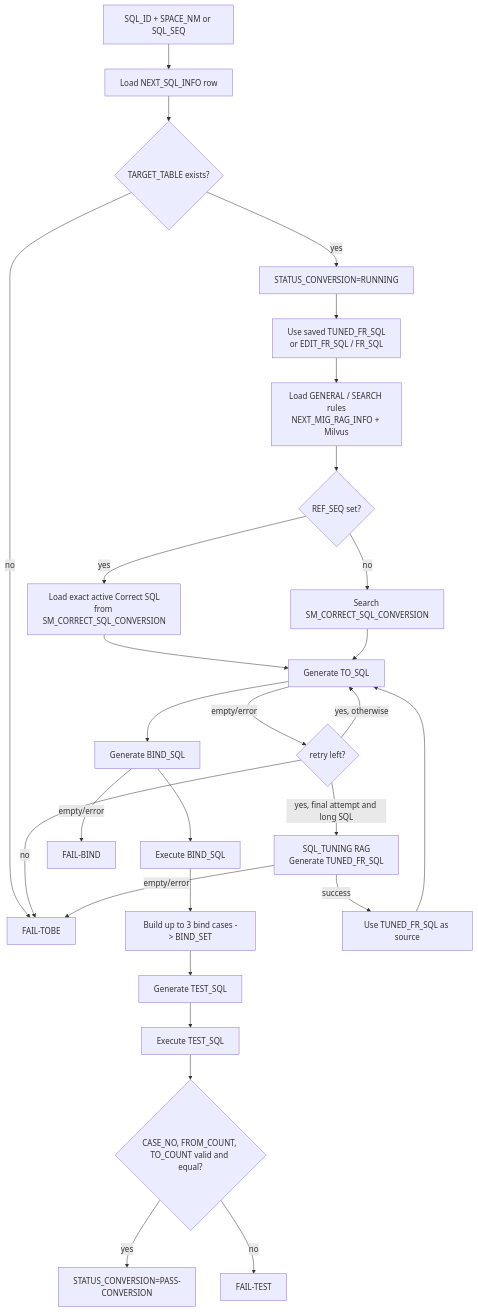
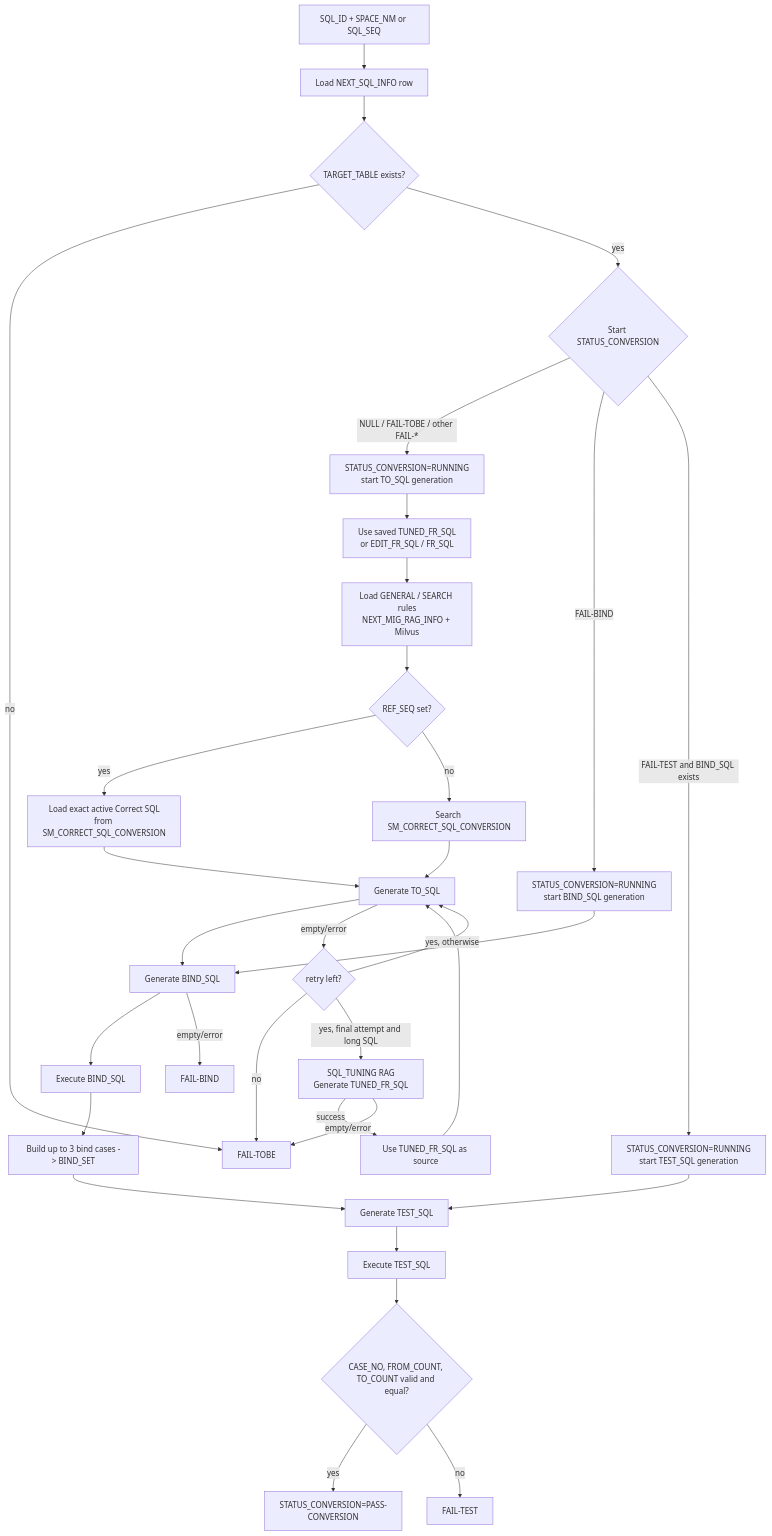
The fifth of 11 diagrams in smartMigrate_2.0_Langflow/00_guide/00_architecture_chapter4_domain_executors.md (seongikjin227-jpg/refactoring_smartMigrate), drawn with Mermaid before and after one commit. The commit also changed other lines of this file and 7 other files, not shown here.

````diff
--- a/smartMigrate_2.0_Langflow/00_guide/00_architecture_chapter4_domain_executors.md
+++ b/smartMigrate_2.0_Langflow/00_guide/00_architecture_chapter4_domain_executors.md
@@ -190,30 +191,35 @@
 ```mermaid
 flowchart TD
     J[SQL_ID + SPACE_NM or SQL_SEQ] --> LOAD[Load NEXT_SQL_INFO row]
     LOAD --> CHECK{TARGET_TABLE exists?}
     CHECK -->|no| FTOBE[FAIL-TOBE]
-    CHECK -->|yes| RUN[STATUS_CONVERSION=RUNNING]
+    CHECK -->|yes| STAGE{Start STATUS_CONVERSION}
+    STAGE -->|NULL / FAIL-TOBE / other FAIL-*| RUN[STATUS_CONVERSION=RUNNING<br/>start TO_SQL generation]
+    STAGE -->|FAIL-BIND| RUNB[STATUS_CONVERSION=RUNNING<br/>start BIND_SQL generation]
+    STAGE -->|FAIL-TEST and BIND_SQL exists| RUNT[STATUS_CONVERSION=RUNNING<br/>start TEST_SQL generation]
     RUN --> SOURCE[Use saved TUNED_FR_SQL<br/>or EDIT_FR_SQL / FR_SQL]
+    RUNB --> BIND
+    RUNT --> TEST
     SOURCE --> RAG[Load GENERAL / SEARCH rules<br/>NEXT_MIG_RAG_INFO + Milvus]
     RAG --> REF{REF_SEQ set?}
     REF -->|yes| EXACT[Load exact active Correct SQL<br/>from SM_CORRECT_SQL_CONVERSION]
     REF -->|no| HINT[Search SM_CORRECT_SQL_CONVERSION]
     EXACT --> TOBE
     HINT --> TOBE[Generate TO_SQL]
     TOBE --> BIND[Generate BIND_SQL]
     BIND --> EXBIND[Execute BIND_SQL]
     EXBIND --> SET[Build up to 3 bind cases -> BIND_SET]
     SET --> TEST[Generate TEST_SQL]
     TEST --> EXTEST[Execute TEST_SQL]
     EXTEST --> VAL{CASE_NO, FROM_COUNT, TO_COUNT valid and equal?}
     VAL -->|yes| PASS[STATUS_CONVERSION=PASS-CONVERSION]
     VAL -->|no| FTEST[FAIL-TEST]
     TOBE -->|empty/error| RETRY{retry left?}
     RETRY -->|no| FTOBE
     RETRY -->|yes, final attempt and long SQL| TUNEFR[SQL_TUNING RAG<br/>Generate TUNED_FR_SQL]
     TUNEFR -->|success| TUNEDSOURCE[Use TUNED_FR_SQL as source]
     TUNEDSOURCE --> TOBE
     TUNEFR -->|empty/error| FTOBE
     RETRY -->|yes, otherwise| TOBE
     BIND -->|empty/error| FBIND[FAIL-BIND]
 ```
````
